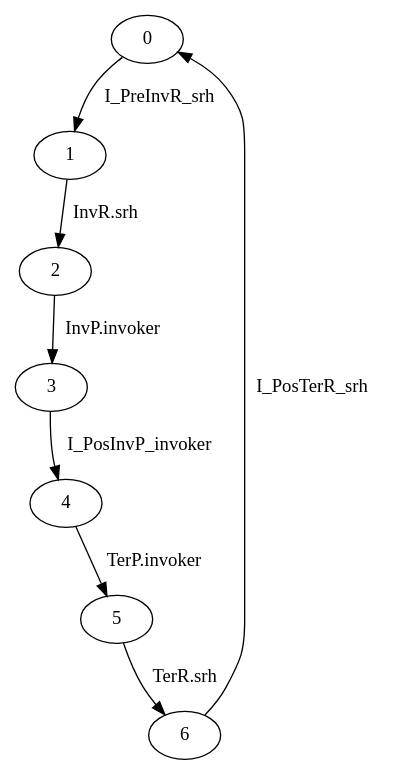
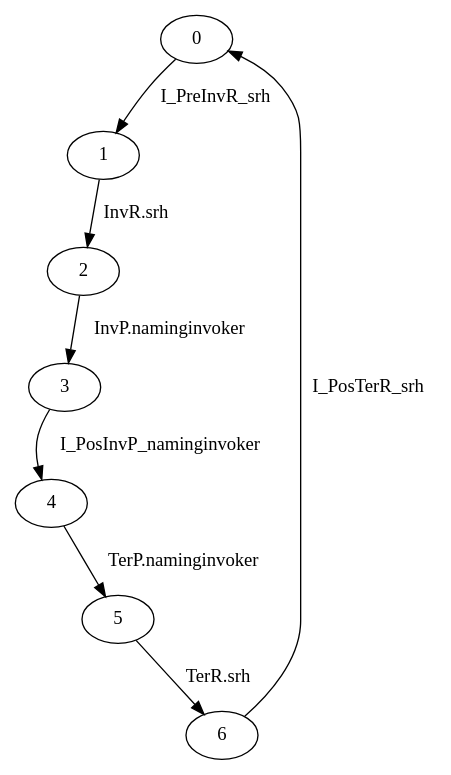
The diagram in src/cspspecs/MiddlewareNamingServer.dot (nsrosa70/midarch-go-v13), drawn with Graphviz before and after one commit. The commit also changed 32 other files, not shown here.

```diff
--- a/src/cspspecs/MiddlewareNamingServer.dot
+++ b/src/cspspecs/MiddlewareNamingServer.dot
@@ -1,9 +1,9 @@
 digraph G {
   0 -> 1 [ label="I_PreInvR_srh" ];
   1 -> 2 [ label="InvR.srh" ];
-  2 -> 3 [ label="InvP.invoker" ];
-  3 -> 4 [ label="I_PosInvP_invoker" ];
-  4 -> 5 [ label="TerP.invoker" ];
+  2 -> 3 [ label="InvP.naminginvoker" ];
+  3 -> 4 [ label="I_PosInvP_naminginvoker" ];
+  4 -> 5 [ label="TerP.naminginvoker" ];
   5 -> 6 [ label="TerR.srh" ];
   6 -> 0 [ label="I_PosTerR_srh" ];
 }
```
